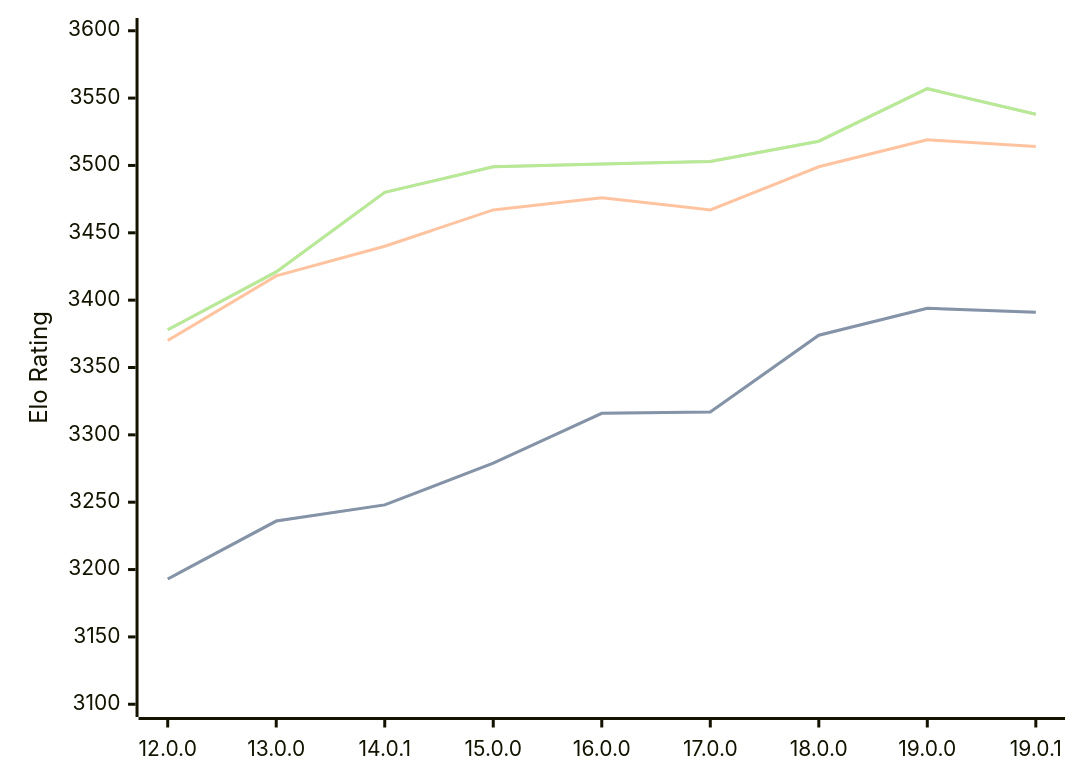
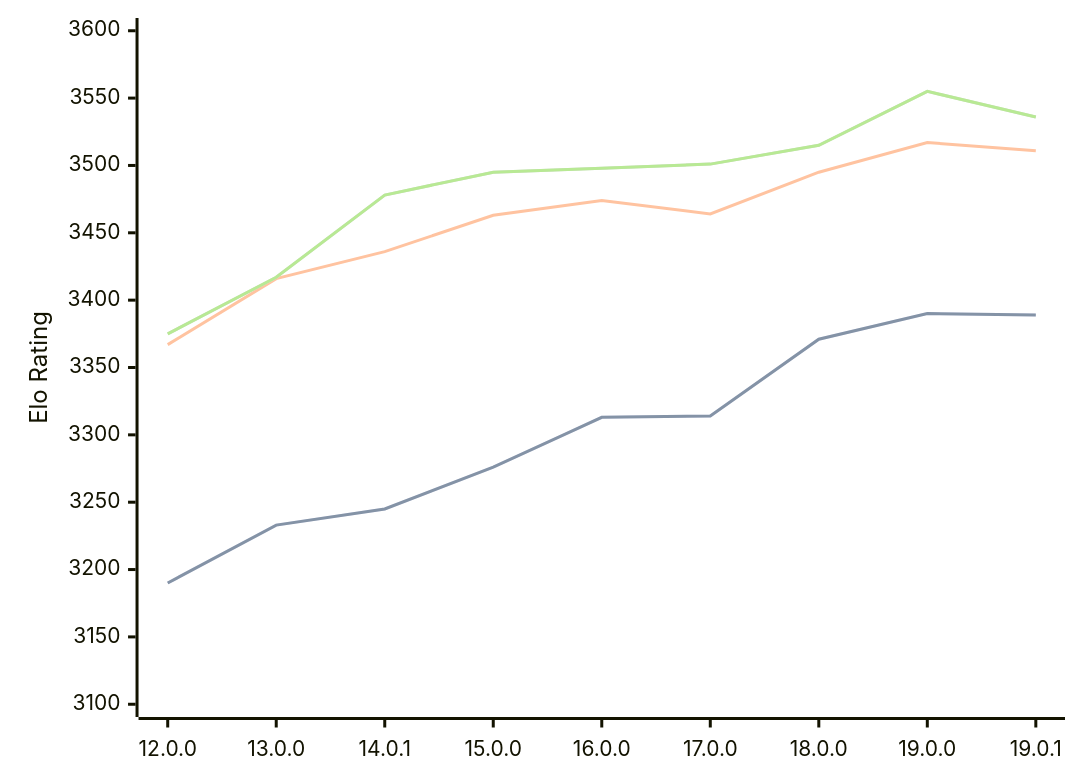
One commit to computer-chess-index/cci changed the diagram in engines/Viridithas.md. Above: the diagram before and after it, drawn with Mermaid. The commit also changed other lines of this file, not shown here.

Commit message:
Update CCI Ratings (ELO VLTC) - 2026-06-08

````diff
--- a/engines/Viridithas.md
+++ b/engines/Viridithas.md
@@ -63,11 +63,11 @@
 ```mermaid
 %%{init: {"theme":"base","themeVariables":{"seriesColors:['#a3a3a3','#222221','#faa371']}}}%%
 xychart-beta
   x-axis ["12.0.0", "13.0.0", "14.0.1", "15.0.0", "16.0.0", "17.0.0", "18.0.0", "19.0.0", "19.0.1"]
   y-axis "Elo Rating" 3100 --> 3600
-  line "STC (8.0+0.08s)" [3193, 3236, 3248, 3279, 3316, 3317, 3374, 3394, 3391]
-  line "STC (8.0+0.08s)" [3193, 3236, 3248, 3279, 3316, 3317, 3374, 3394, 3391]
-  line "LTC (60.0+0.60s)" [3370, 3418, 3440, 3467, 3476, 3467, 3499, 3519, 3514]
-  line "VLTC (2m24s+1.12s)" [3378, 3421, 3480, 3499, 3501, 3503, 3518, 3557, 3538]
-  line "VLTC (2m24s+1.12s)" [3378, 3421, 3480, 3499, 3501, 3503, 3518, 3557, 3538]
+  line "STC (8.0+0.08s)" [3190, 3233, 3245, 3276, 3313, 3314, 3371, 3390, 3389]
+  line "STC (8.0+0.08s)" [3190, 3233, 3245, 3276, 3313, 3314, 3371, 3390, 3389]
+  line "LTC (60.0+0.60s)" [3367, 3416, 3436, 3463, 3474, 3464, 3495, 3517, 3511]
+  line "VLTC (2m24s+1.12s)" [3375, 3417, 3478, 3495, 3498, 3501, 3515, 3555, 3536]
+  line "VLTC (2m24s+1.12s)" [3375, 3417, 3478, 3495, 3498, 3501, 3515, 3555, 3536]
 ```
````
